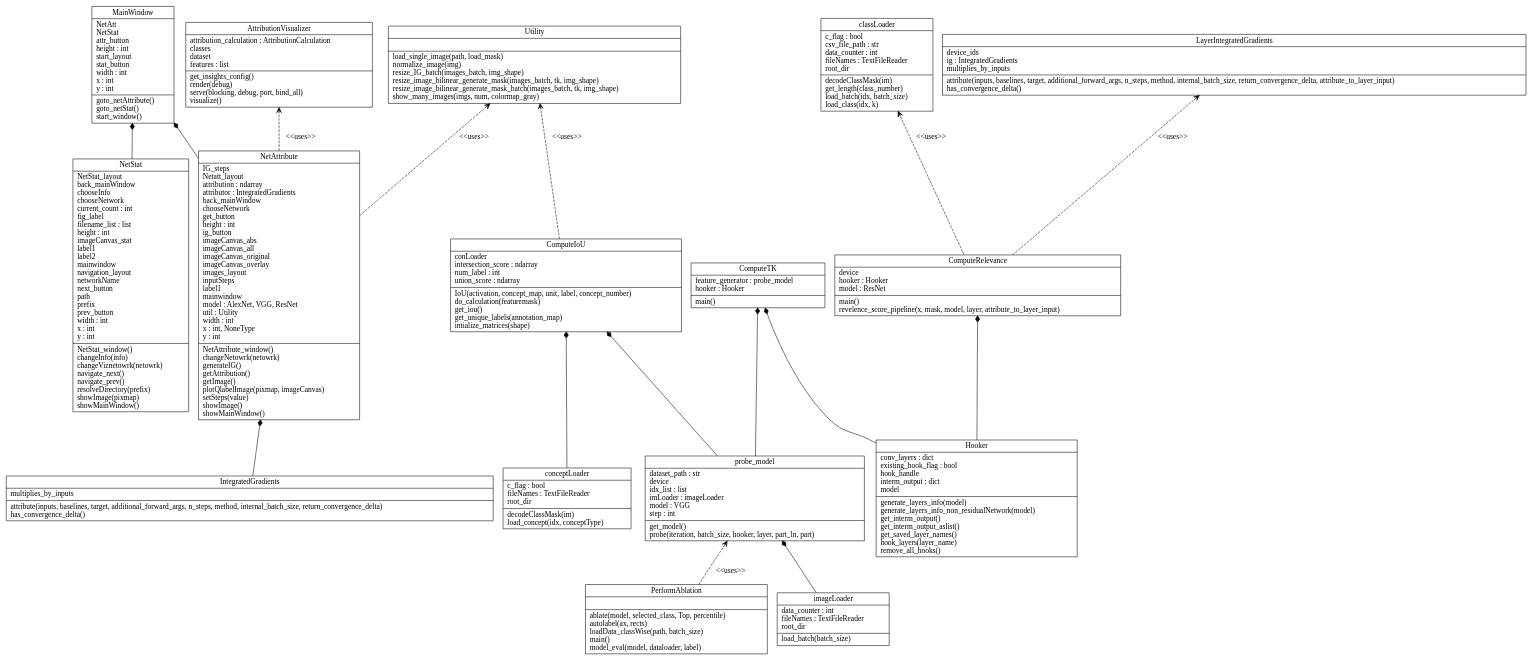
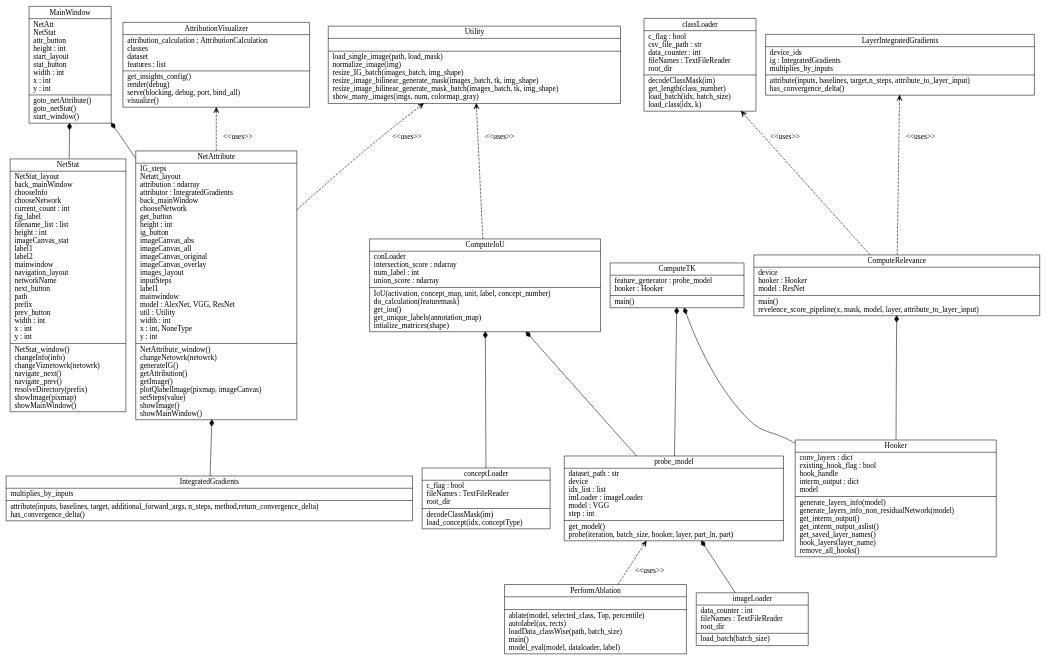
Before and after one commit to niazoys/Interpreting-and-Comparing-CNN: the diagram in ClassDiagram/classes.dot, drawn with Graphviz. The commit also changed 336 other files, not shown here.

```diff
--- a/ClassDiagram/classes.dot
+++ b/ClassDiagram/classes.dot
@@ -1,37 +1,37 @@
 digraph "classes" {
 charset="utf-8"
 rankdir=BT
 "0" [label="{ComputeIoU|conLoader\lintersection_score : ndarray\lnum_label : int\lunion_score : ndarray\l|IoU(activation, concept_map, unit, label, concept_number)\ldo_calculation(featuremask)\lget_iou()\lget_unique_labels(annotation_map)\lintialize_matrices(shape)\l}", shape="record"];
 "1" [label="{ComputeRelevance|device\lhooker : Hooker\lmodel : ResNet\l|main()\lrevelence_score_pipeline(x, mask, model, layer, attribute_to_layer_input)\l}", shape="record"];
 "2" [label="{ComputeTK|feature_generator : probe_model\lhooker : Hooker\l|main()\l}", shape="record"];
 "3" [label="{Hooker|conv_layers : dict\lexisting_hook_flag : bool\lhook_handle\linterm_output : dict\lmodel\l|generate_layers_info(model)\lgenerate_layers_info_non_residualNetwork(model)\lget_interm_output()\lget_interm_output_aslist()\lget_saved_layer_names()\lhook_layers(layer_name)\lremove_all_hooks()\l}", shape="record"];
 "4" [label="{MainWindow|NetAtt\lNetStat\lattr_button\lheight : int\lstart_layout\lstat_button\lwidth : int\lx : int\ly : int\l|goto_netAttribute()\lgoto_netStat()\lstart_window()\l}", shape="record"];
 "5" [label="{NetAttribute|IG_steps\lNetatt_layout\lattribution : ndarray\lattributor : IntegratedGradients\lback_mainWindow\lchooseNetwork\lget_button\lheight : int\lig_button\limageCanvas_abs\limageCanvas_all\limageCanvas_original\limageCanvas_overlay\limages_layout\linputSteps\llabel1\lmainwindow\lmodel : AlexNet, VGG, ResNet\lutil : Utility\lwidth : int\lx : int, NoneType\ly : int\l|NetAttribute_window()\lchangeNetowrk(netowrk)\lgenerateIG()\lgetAttribution()\lgetImage()\lplotQlabelImage(pixmap, imageCanvas)\lsetSteps(value)\lshowImage()\lshowMainWindow()\l}", shape="record"];
 "6" [label="{NetStat|NetStat_layout\lback_mainWindow\lchooseInfo\lchooseNetwork\lcurrent_count : int\lfig_label\lfilename_list : list\lheight : int\limageCanvas_stat\llabel1\llabel2\lmainwindow\lnavigation_layout\lnetworkName\lnext_button\lpath\lprefix\lprev_button\lwidth : int\lx : int\ly : int\l|NetStat_window()\lchangeInfo(info)\lchangeViznetowrk(netowrk)\lnavigate_next()\lnavigate_prev()\lresolveDirectory(prefix)\lshowImage(pixmap)\lshowMainWindow()\l}", shape="record"];
 "7" [label="{PerformAblation|\l|ablate(model, selected_class, Top, percentile)\lautolabel(ax, rects)\lloadData_classWise(path, batch_size)\lmain()\lmodel_eval(model, dataloader, label)\l}", shape="record"];
 "8" [label="{Utility|\l|load_single_image(path, load_mask)\lnormalize_image(img)\lresize_IG_batch(images_batch, img_shape)\lresize_image_bilinear_generate_mask(images_batch, tk, img_shape)\lresize_image_bilinear_generate_mask_batch(images_batch, tk, img_shape)\lshow_many_images(imgs, num, colormap_gray)\l}", shape="record"];
 "9" [label="{classLoader|c_flag : bool\lcsv_file_path : str\ldata_counter : int\lfileNames : TextFileReader\lroot_dir\l|decodeClassMask(im)\lget_length(class_number)\lload_batch(idx, batch_size)\lload_class(idx, k)\l}", shape="record"];
 "10" [label="{conceptLoader|c_flag : bool\lfileNames : TextFileReader\lroot_dir\l|decodeClassMask(im)\lload_concept(idx, conceptType)\l}", shape="record"];
 "11" [label="{imageLoader|data_counter : int\lfileNames : TextFileReader\lroot_dir\l|load_batch(batch_size)\l}", shape="record"];
 "12" [label="{probe_model|dataset_path : str\ldevice\lidx_list : list\limLoader : imageLoader\lmodel : VGG\lstep : int\l|get_model()\lprobe(iteration, batch_size, hooker, layer, part_ln, part)\l}", shape="record"];
 "13" [label="{AttributionVisualizer|attribution_calculation : AttributionCalculation\lclasses\ldataset\lfeatures : list\l|get_insights_config()\lrender(debug)\lserve(blocking, debug, port, bind_all)\lvisualize()\l}", shape="record"];
-"14" [label="{IntegratedGradients|multiplies_by_inputs\l|attribute(inputs, baselines, target, additional_forward_args, n_steps, method, internal_batch_size, return_convergence_delta)\lhas_convergence_delta()\l}", shape="record"];
-"15" [label="{LayerIntegratedGradients|device_ids\lig : IntegratedGradients\lmultiplies_by_inputs\l|attribute(inputs, baselines, target, additional_forward_args, n_steps, method, internal_batch_size, return_convergence_delta, attribute_to_layer_input)\lhas_convergence_delta()\l}", shape="record"];
+"14" [label="{IntegratedGradients|multiplies_by_inputs\l|attribute(inputs, baselines, target, additional_forward_args, n_steps, method,return_convergence_delta)\lhas_convergence_delta()\l}", shape="record"];
+"15" [label="{LayerIntegratedGradients|device_ids\lig : IntegratedGradients\lmultiplies_by_inputs\l|attribute(inputs, baselines, target,n_steps, attribute_to_layer_input)\lhas_convergence_delta()\l}", shape="record"];
 "5" -> "4" [arrowhead="diamond", arrowtail="none", fontcolor="green", label="", style="solid"];
 "6" -> "4" [arrowhead="diamond", arrowtail="none", fontcolor="green", label="", style="solid"];
 "14" -> "5" [arrowhead="diamond", arrowtail="none", fontcolor="green", label="", style="solid"];
 "10" -> "0" [arrowhead="diamond", arrowtail="none", fontcolor="green", label="", style="solid"];
 "3" -> "2" [arrowhead="diamond", arrowtail="none", fontcolor="green", label="", style="solid"];
 "12" -> "2" [arrowhead="diamond", arrowtail="none", fontcolor="green", label="", style="solid"];
 "3" -> "1" [arrowhead="diamond", arrowtail="none", fontcolor="green", label="", style="solid"];
 "11" -> "12" [arrowhead="diamond", arrowtail="none", fontcolor="green", label="", style="solid"];
 "12" -> "0" [arrowhead="diamond", arrowtail="none", fontcolor="green", label="", style="solid"];
 "0" -> "8" [arrowhead="open", arrowtail="none", fontcolor="", label="<<uses>>", style="dashed"];
 "5" -> "8" [arrowhead="open", arrowtail="none", fontcolor="", label="<<uses>>", style="dashed"];
 "1" -> "15" [arrowhead="open", arrowtail="none", fontcolor="", label="<<uses>>", style="dashed"];
 "5" -> "13" [arrowhead="open", arrowtail="none", fontcolor="", label="<<uses>>", style="dashed"];
 "1" -> "9" [arrowhead="open", arrowtail="none", fontcolor="", label="<<uses>>", style="dashed"];
 "7" -> "12" [arrowhead="open", arrowtail="none", fontcolor="", label="<<uses>>", style="dashed"];
 //"2" -> "12" [arrowhead="open", arrowtail="none", fontcolor="", label="<<uses>>", style="dashed"];
 
 }
```
